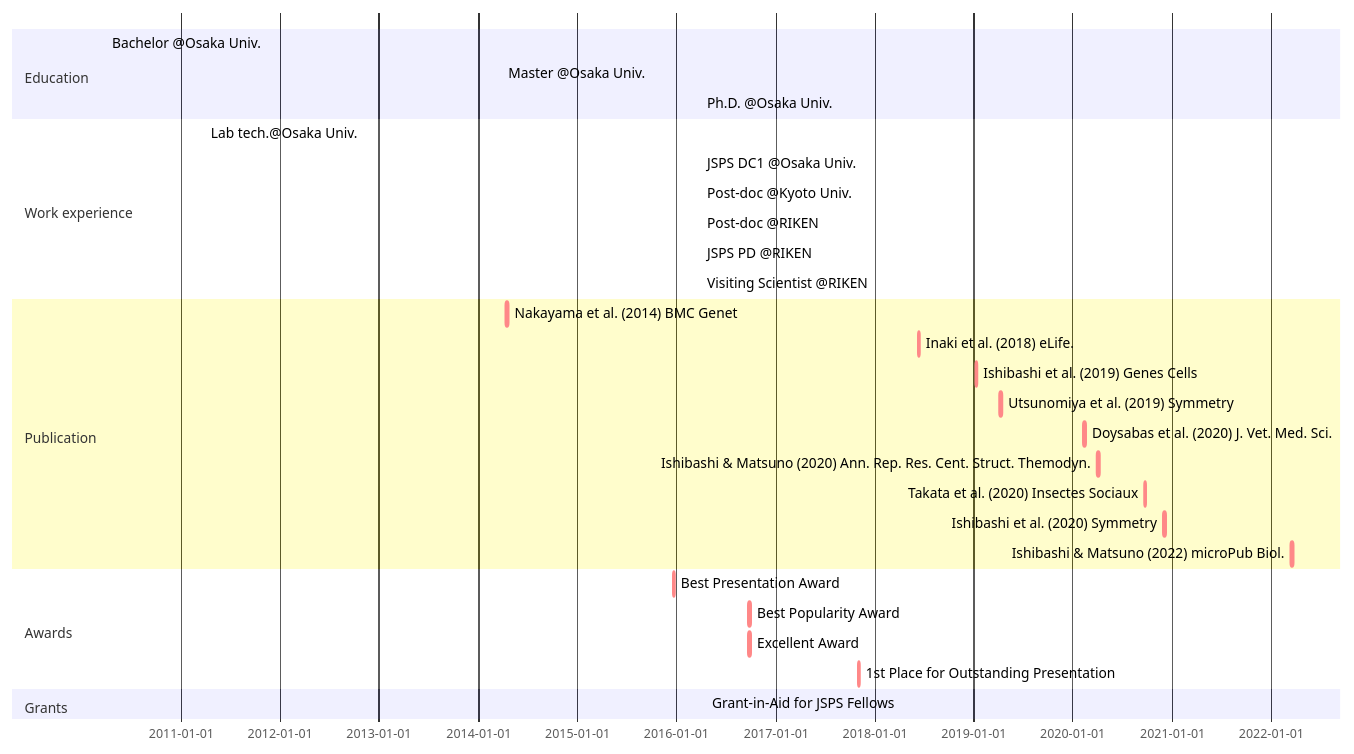
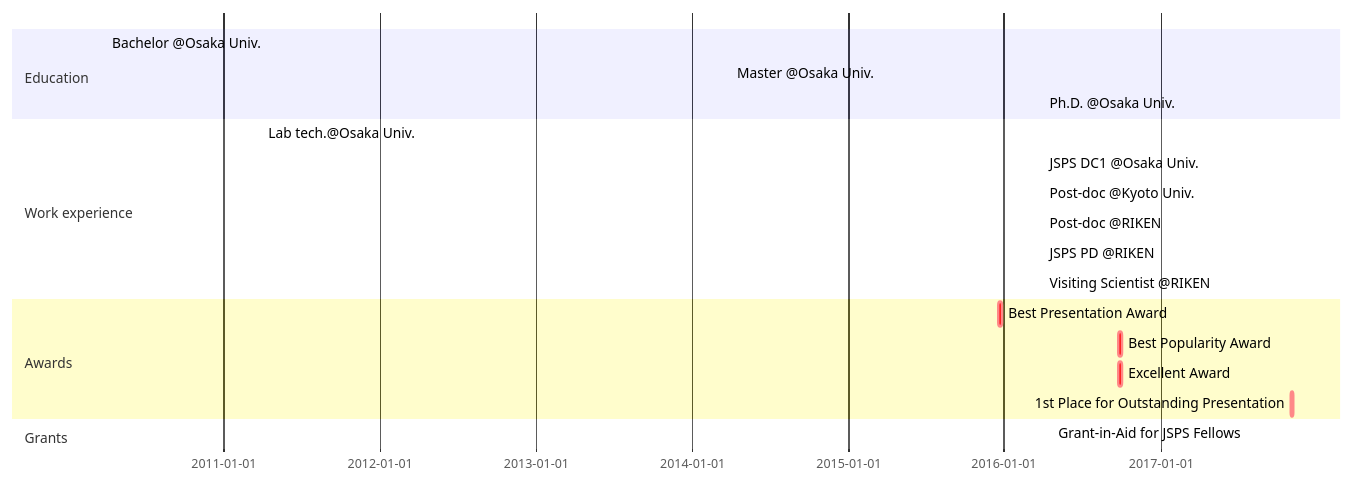
Before and after one commit to ishibaki/ishibaki.github.io: the diagram in _includes/mermaid-cv.md, drawn with Mermaid.

````diff
--- a/_includes/mermaid-cv.md
+++ b/_includes/mermaid-cv.md
@@ -1,31 +1,25 @@
 ```mermaid
 gantt
 section Education
   Bachelor @Osaka Univ. : BS, 2010-04-01, 2014-03-25
   Master @Osaka Univ.   : MS, 2014-04-01, 2016-03-28
   Ph.D. @Osaka Univ.    : Ph.D., 2016-04-01, 2019-03-25
 section Work experience
   Lab tech.@Osaka Univ.     : done, OU-tech, 2011-04-01, 2012-03-31
   JSPS DC1 @Osaka Univ.     : done, DC1, 2016-04-01, 2019-03-31
   Post-doc @Kyoto Univ.     : done, KU-postdoc, after DC1, 2021-04-30
   Post-doc @RIKEN           : done, RIKEN-postdoc, after KU-postdoc, 2022-03-31
   JSPS PD @RIKEN            : active, PD, after RIKEN-postdoc, 2025-03-31
   Visiting Scientist @RIKEN : active, PD, after RIKEN-postdoc, 2025-03-31
 section Publication
-  Nakayama et al. (2014) BMC Genet          : crit, nakayama2014, 2014-04-16, 1w
-  Inaki et al. (2018) eLife.                : crit, inaki2018, 2018-06-12, 1w
-  Ishibashi et al. (2019) Genes Cells       : crit, ishibashi2019, 2019-01-09, 1w
-  Utsunomiya et al. (2019) Symmetry         : crit, utsunomiya2019, 2019-04-08, 1w
-  Doysabas et al. (2020) J. Vet. Med. Sci.  : crit, doysabas2020, 2020-02-12, 1w
-  Ishibashi & Matsuno (2020) Ann. Rep. Res. Cent. Struct. Themodyn. : crit, ishibashi2020a, 2020-04-01, 1w
-  Takata et al. (2020) Insectes Sociaux     : crit, takata2020, 2020-09-22, 1w
-  Ishibashi et al. (2020) Symmetry          : crit, ishibashi2020b, 2020-12-02, 1w
-  Ishibashi & Matsuno (2022) microPub Biol. : crit, ishibashi2022, 2022-03-18, 1w
+  {% for post in site.publications reversed %}
+    {% post.abbrev %} : crit, {% post.permalink %}, {% post.date %}, 1w
+  {% endfor %}
 section Awards
   Best Presentation Award                : crit, aw_1, 2015-12-20, 1w
   Best Popularity Award                  : crit, aw_2, 2016-09-25, 1w
   Excellent Award                        : crit, aw_3, 2016-09-25, 1w
   1st Place for Outstanding Presentation : crit, aw_4, 2017-11-01, 1w
 section Grants
   Grant-in-Aid for JSPS Fellows : done, grant_DC1, 2016-04-22, 2019-03-31
 ```
````
